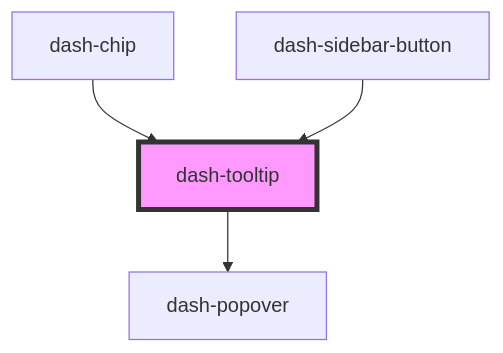
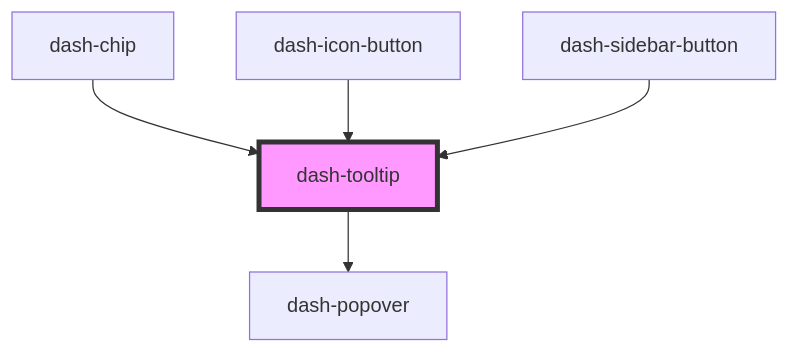
One commit to jmanke/dash changed the diagram in packages/dash-components/src/components/dash-tooltip/readme.md. Above: the diagram before and after it, drawn with Mermaid. The commit also changed other lines of this file and 17 other files, not shown here.

Commit message:
dash icon button tooltip support

````diff
--- a/packages/dash-components/src/components/dash-tooltip/readme.md
+++ b/packages/dash-components/src/components/dash-tooltip/readme.md
@@ -35,7 +36,8 @@
 ```mermaid
 graph TD;
   dash-tooltip --> dash-popover
   dash-chip --> dash-tooltip
+  dash-icon-button --> dash-tooltip
   dash-sidebar-button --> dash-tooltip
   style dash-tooltip fill:#f9f,stroke:#333,stroke-width:4px
 ```
````
